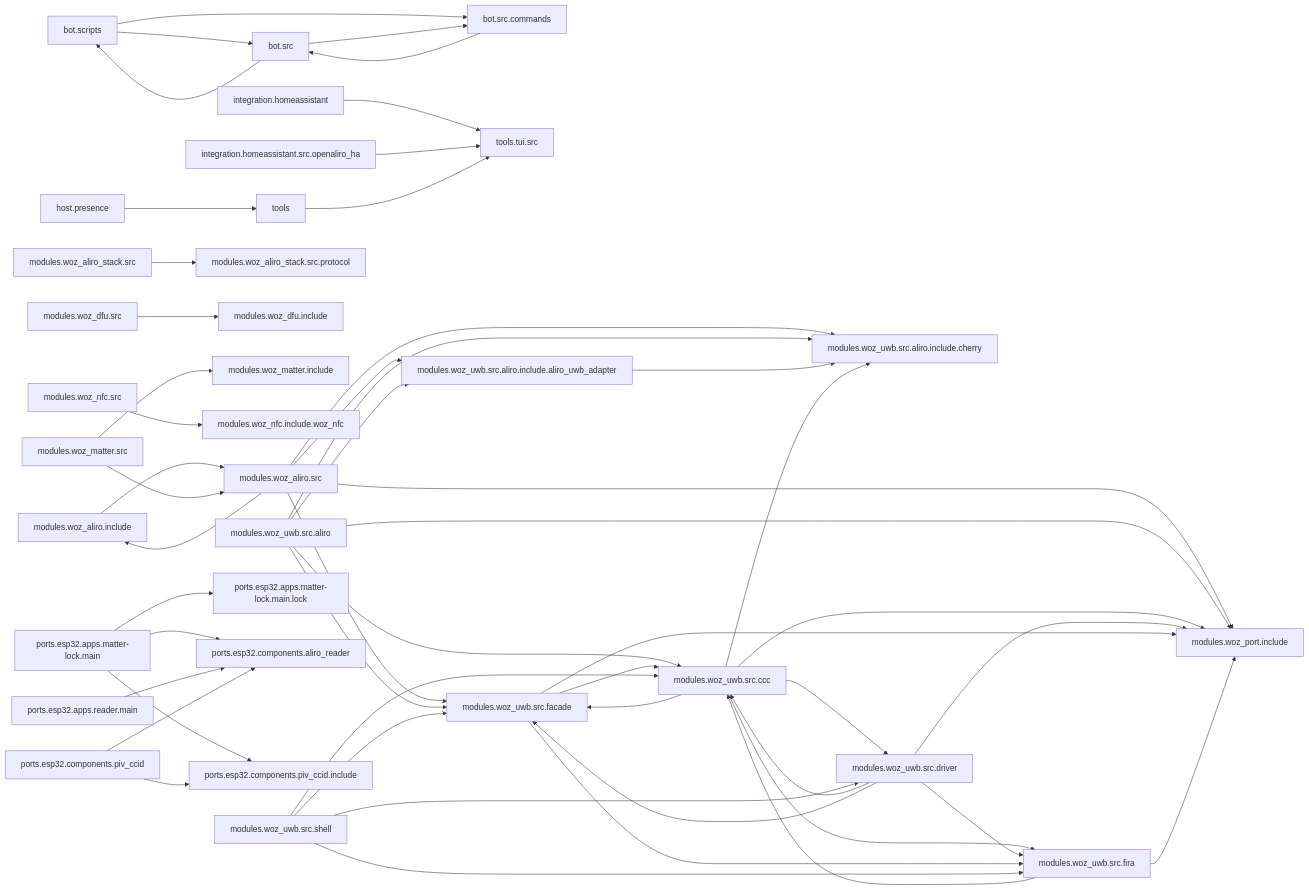
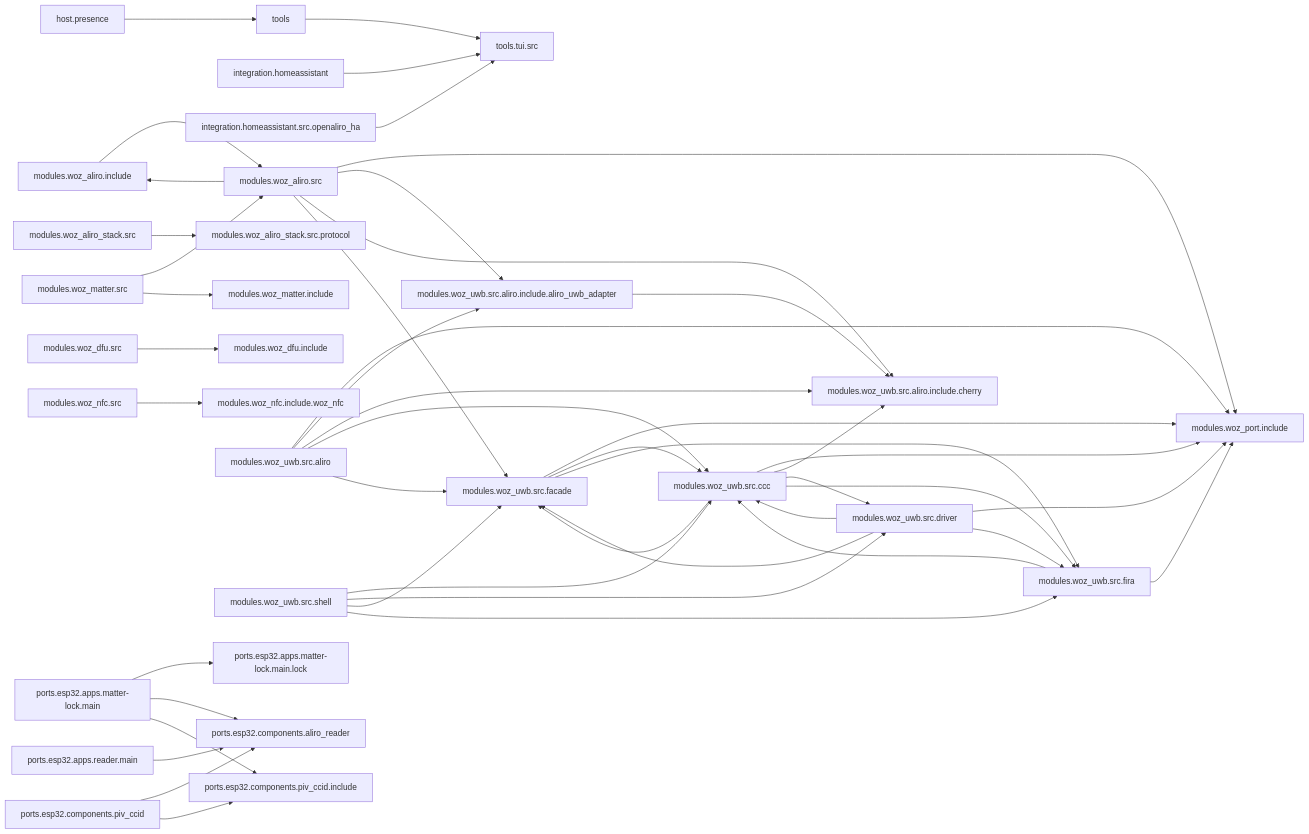
Before and after one commit to jonathan-shc/UWB: the diagram in docs/ARCHITECTURE.md, drawn with Mermaid. The commit also changed other lines of this file and 251 other files, not shown here.

````diff
--- a/docs/ARCHITECTURE.md
+++ b/docs/ARCHITECTURE.md
@@ -6,53 +6,48 @@
 ```mermaid
 flowchart LR
-  bot.scripts --> bot.src
-  bot.scripts --> bot.src.commands
-  bot.src --> bot.scripts
-  bot.src --> bot.src.commands
-  bot.src.commands --> bot.src
   host.presence --> tools
   integration.homeassistant --> tools.tui.src
   integration.homeassistant.src.openaliro_ha --> tools.tui.src
   modules.woz_aliro.include --> modules.woz_aliro.src
   modules.woz_aliro.src --> modules.woz_aliro.include
   modules.woz_aliro.src --> modules.woz_port.include
   modules.woz_aliro.src --> modules.woz_uwb.src.aliro.include.aliro_uwb_adapter
   modules.woz_aliro.src --> modules.woz_uwb.src.aliro.include.cherry
   modules.woz_aliro.src --> modules.woz_uwb.src.facade
   modules.woz_aliro_stack.src --> modules.woz_aliro_stack.src.protocol
   modules.woz_dfu.src --> modules.woz_dfu.include
   modules.woz_matter.src --> modules.woz_aliro.src
   modules.woz_matter.src --> modules.woz_matter.include
   modules.woz_nfc.src --> modules.woz_nfc.include.woz_nfc
   modules.woz_uwb.src.aliro --> modules.woz_port.include
   modules.woz_uwb.src.aliro --> modules.woz_uwb.src.aliro.include.aliro_uwb_adapter
   modules.woz_uwb.src.aliro --> modules.woz_uwb.src.aliro.include.cherry
   modules.woz_uwb.src.aliro --> modules.woz_uwb.src.ccc
   modules.woz_uwb.src.aliro --> modules.woz_uwb.src.facade
   modules.woz_uwb.src.aliro.include.aliro_uwb_adapter --> modules.woz_uwb.src.aliro.include.cherry
   modules.woz_uwb.src.ccc --> modules.woz_port.include
   modules.woz_uwb.src.ccc --> modules.woz_uwb.src.aliro.include.cherry
   modules.woz_uwb.src.ccc --> modules.woz_uwb.src.driver
   modules.woz_uwb.src.ccc --> modules.woz_uwb.src.facade
   modules.woz_uwb.src.ccc --> modules.woz_uwb.src.fira
   modules.woz_uwb.src.driver --> modules.woz_port.include
   modules.woz_uwb.src.driver --> modules.woz_uwb.src.ccc
   modules.woz_uwb.src.driver --> modules.woz_uwb.src.facade
   modules.woz_uwb.src.driver --> modules.woz_uwb.src.fira
   modules.woz_uwb.src.facade --> modules.woz_port.include
   modules.woz_uwb.src.facade --> modules.woz_uwb.src.ccc
   modules.woz_uwb.src.facade --> modules.woz_uwb.src.fira
   modules.woz_uwb.src.fira --> modules.woz_port.include
   modules.woz_uwb.src.fira --> modules.woz_uwb.src.ccc
   modules.woz_uwb.src.shell --> modules.woz_uwb.src.ccc
   modules.woz_uwb.src.shell --> modules.woz_uwb.src.driver
   modules.woz_uwb.src.shell --> modules.woz_uwb.src.facade
   modules.woz_uwb.src.shell --> modules.woz_uwb.src.fira
   ports.esp32.apps.matter-lock.main --> ports.esp32.apps.matter-lock.main.lock
   ports.esp32.apps.matter-lock.main --> ports.esp32.components.aliro_reader
   ports.esp32.apps.matter-lock.main --> ports.esp32.components.piv_ccid.include
   ports.esp32.apps.reader.main --> ports.esp32.components.aliro_reader
   ports.esp32.components.piv_ccid --> ports.esp32.components.aliro_reader
   ports.esp32.components.piv_ccid --> ports.esp32.components.piv_ccid.include
   tools --> tools.tui.src
 ```
````
